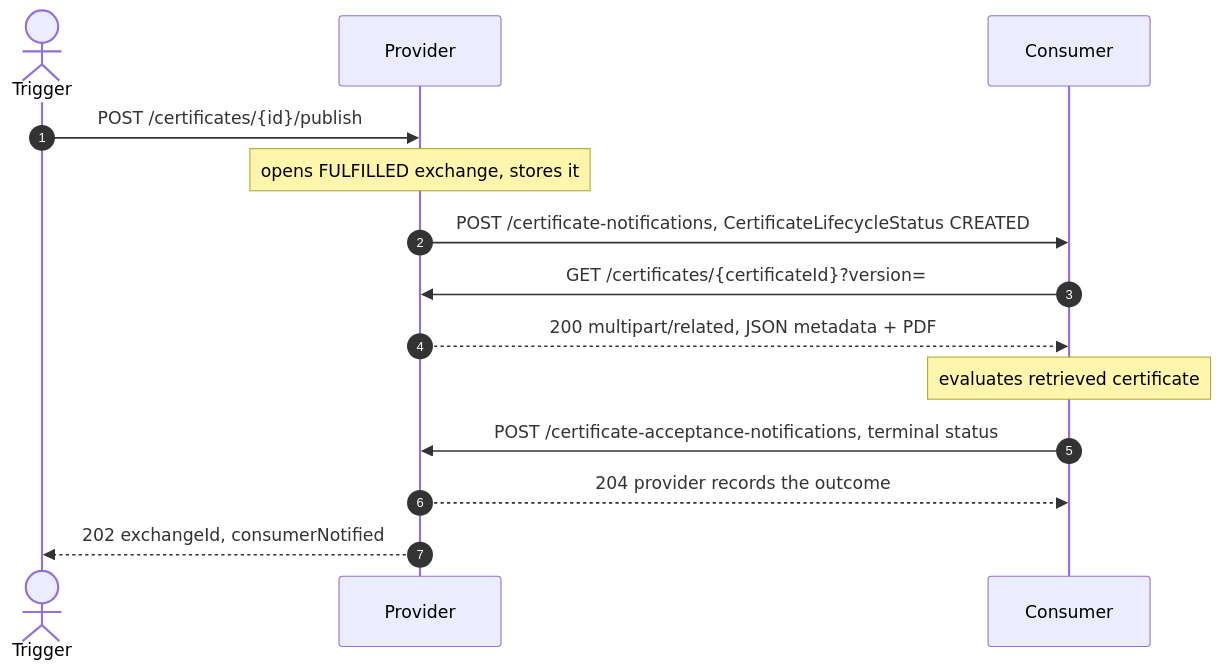
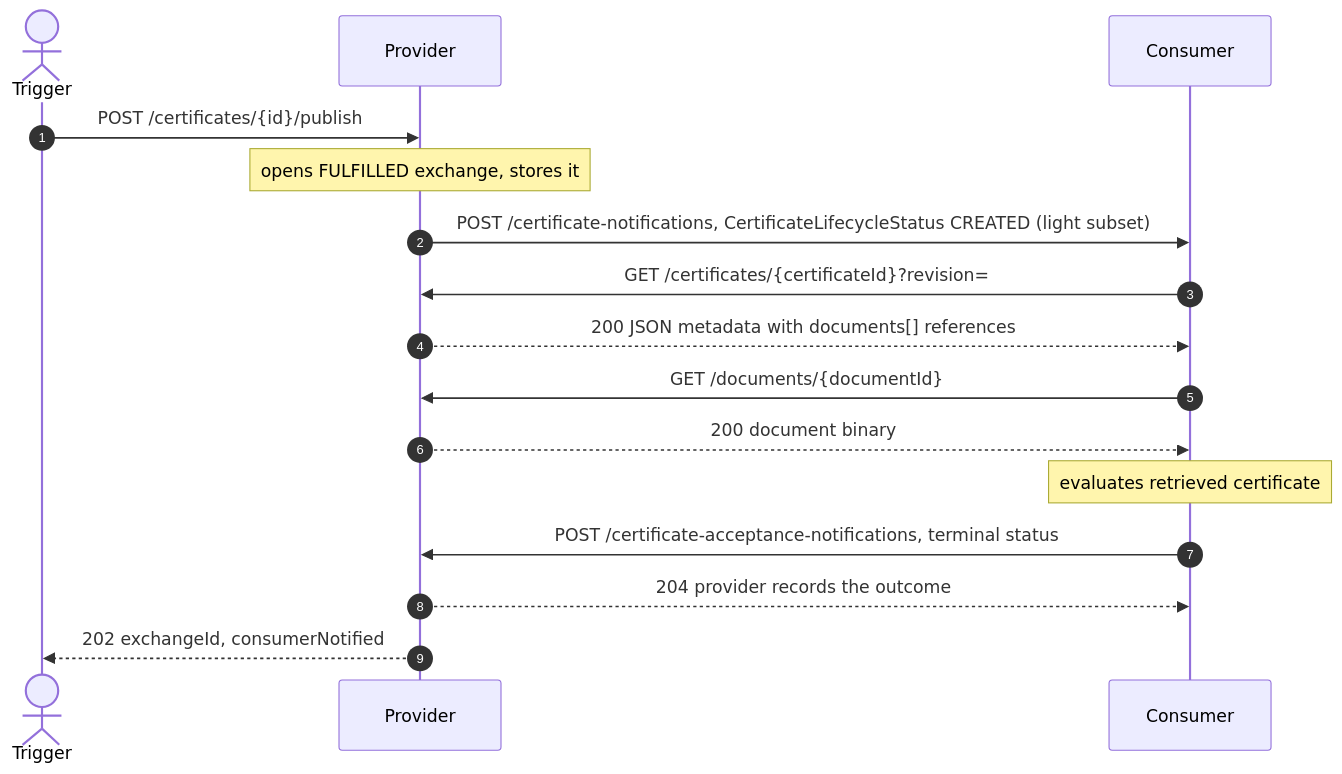
The third of 5 diagrams in docs/FLOWS.md (Metaform/certo), drawn with Mermaid before and after one commit. The commit also changed other lines of this file and 50 other files, not shown here.

````diff
--- a/docs/FLOWS.md
+++ b/docs/FLOWS.md
@@ -146,16 +151,18 @@
 ```mermaid
 sequenceDiagram
     autonumber
     actor T as Trigger
     participant P as Provider
     participant C as Consumer
     T->>P: POST /certificates/{id}/publish
     Note over P: opens FULFILLED exchange, stores it
-    P->>C: POST /certificate-notifications, CertificateLifecycleStatus CREATED
-    C->>P: GET /certificates/{certificateId}?version=
-    P-->>C: 200 multipart/related, JSON metadata + PDF
+    P->>C: POST /certificate-notifications, CertificateLifecycleStatus CREATED (light subset)
+    C->>P: GET /certificates/{certificateId}?revision=
+    P-->>C: 200 JSON metadata with documents[] references
+    C->>P: GET /documents/{documentId}
+    P-->>C: 200 document binary
     Note over C: evaluates retrieved certificate
     C->>P: POST /certificate-acceptance-notifications, terminal status
     P-->>C: 204 provider records the outcome
     P-->>T: 202 exchangeId, consumerNotified
 ```
````
